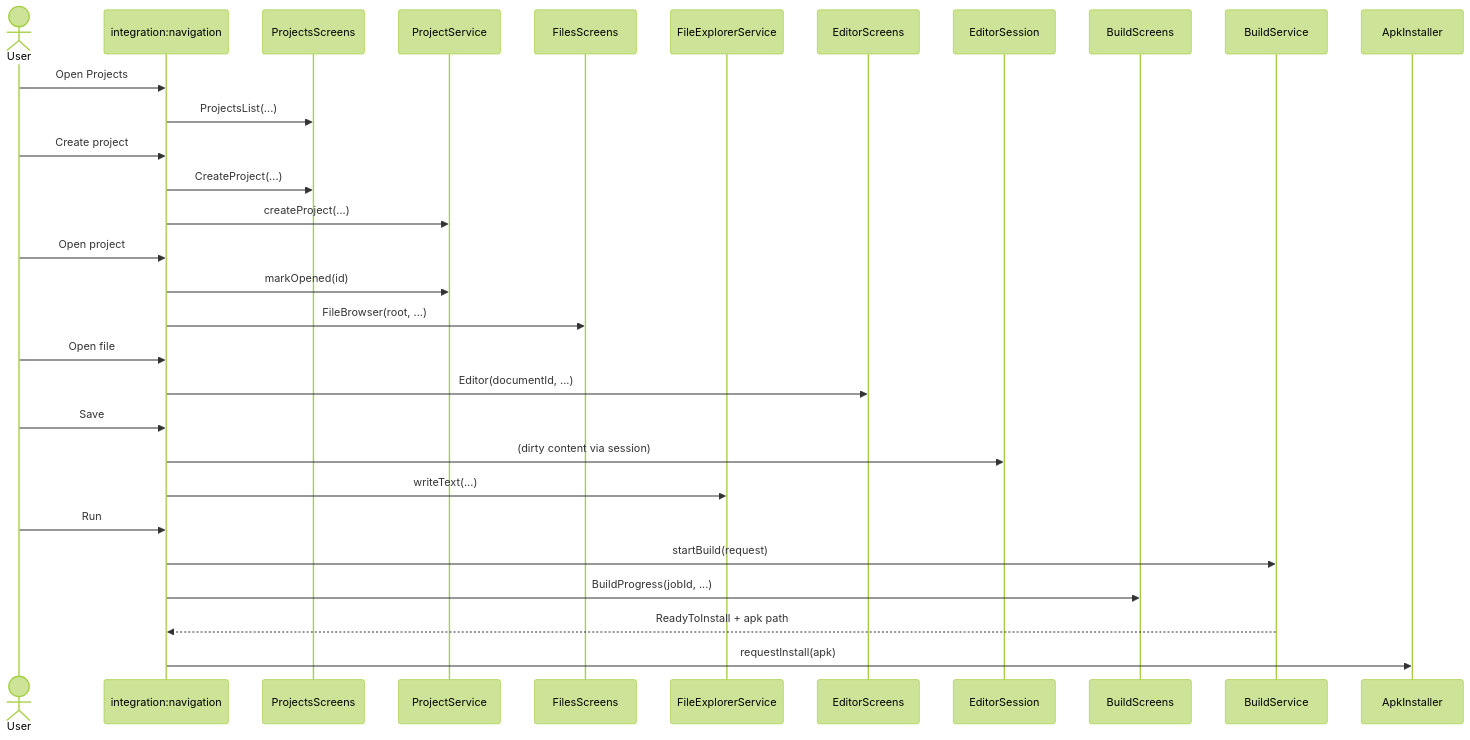
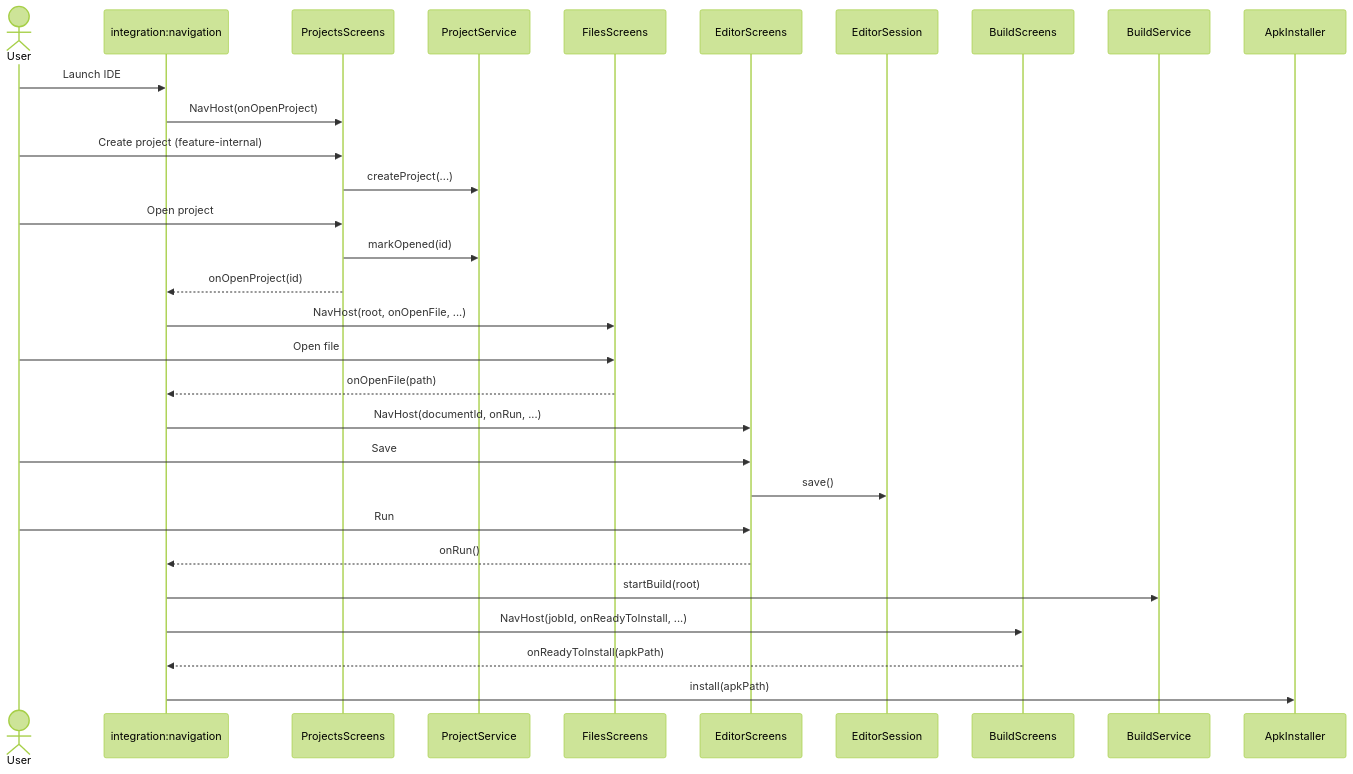
One commit to Al-Qassim/Android-Studio-Lite changed the third of 5 diagrams in project/architecture.md. Above: the diagram before and after it, drawn with Mermaid (forest theme). The commit also changed other lines of this file and 18 other files, not shown here.

````diff
--- a/project/architecture.md
+++ b/project/architecture.md
@@ -485,33 +510,33 @@
 ```mermaid
 sequenceDiagram
   actor User
   participant Nav as integration:navigation
   participant PS as ProjectsScreens
   participant P as ProjectService
   participant FS as FilesScreens
-  participant F as FileExplorerService
   participant ES as EditorScreens
   participant E as EditorSession
   participant BS as BuildScreens
   participant B as BuildService
   participant I as ApkInstaller
 
-  User->>Nav: Open Projects
-  Nav->>PS: ProjectsList(...)
-  User->>Nav: Create project
-  Nav->>PS: CreateProject(...)
-  Nav->>P: createProject(...)
-  User->>Nav: Open project
-  Nav->>P: markOpened(id)
-  Nav->>FS: FileBrowser(root, ...)
-  User->>Nav: Open file
-  Nav->>ES: Editor(documentId, ...)
-  User->>Nav: Save
-  Nav->>E: (dirty content via session)
-  Nav->>F: writeText(...)
-  User->>Nav: Run
-  Nav->>B: startBuild(request)
-  Nav->>BS: BuildProgress(jobId, ...)
-  B-->>Nav: ReadyToInstall + apk path
-  Nav->>I: requestInstall(apk)
+  User->>Nav: Launch IDE
+  Nav->>PS: NavHost(onOpenProject)
+  User->>PS: Create project (feature-internal)
+  PS->>P: createProject(...)
+  User->>PS: Open project
+  PS->>P: markOpened(id)
+  PS-->>Nav: onOpenProject(id)
+  Nav->>FS: NavHost(root, onOpenFile, ...)
+  User->>FS: Open file
+  FS-->>Nav: onOpenFile(path)
+  Nav->>ES: NavHost(documentId, onRun, ...)
+  User->>ES: Save
+  ES->>E: save()
+  User->>ES: Run
+  ES-->>Nav: onRun()
+  Nav->>B: startBuild(root)
+  Nav->>BS: NavHost(jobId, onReadyToInstall, ...)
+  BS-->>Nav: onReadyToInstall(apkPath)
+  Nav->>I: install(apkPath)
 ```
````
